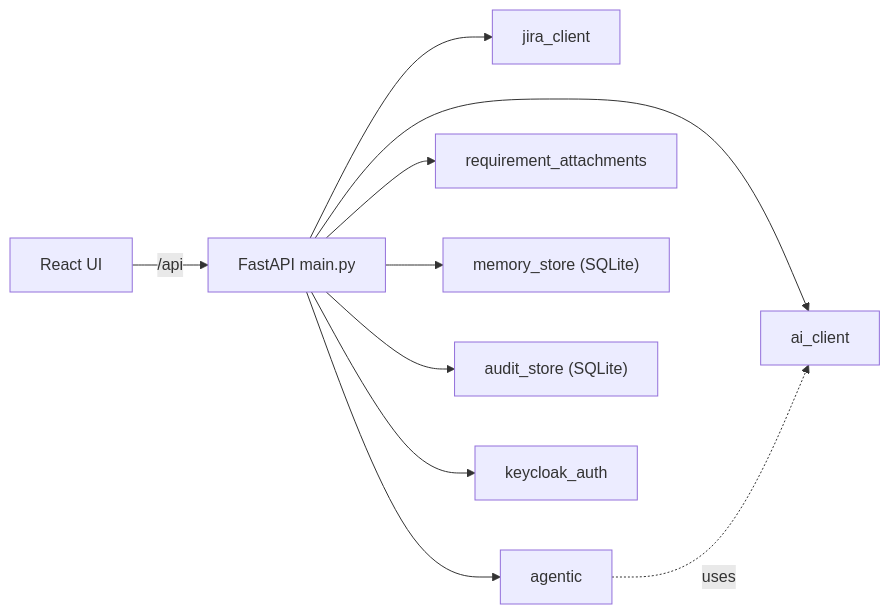
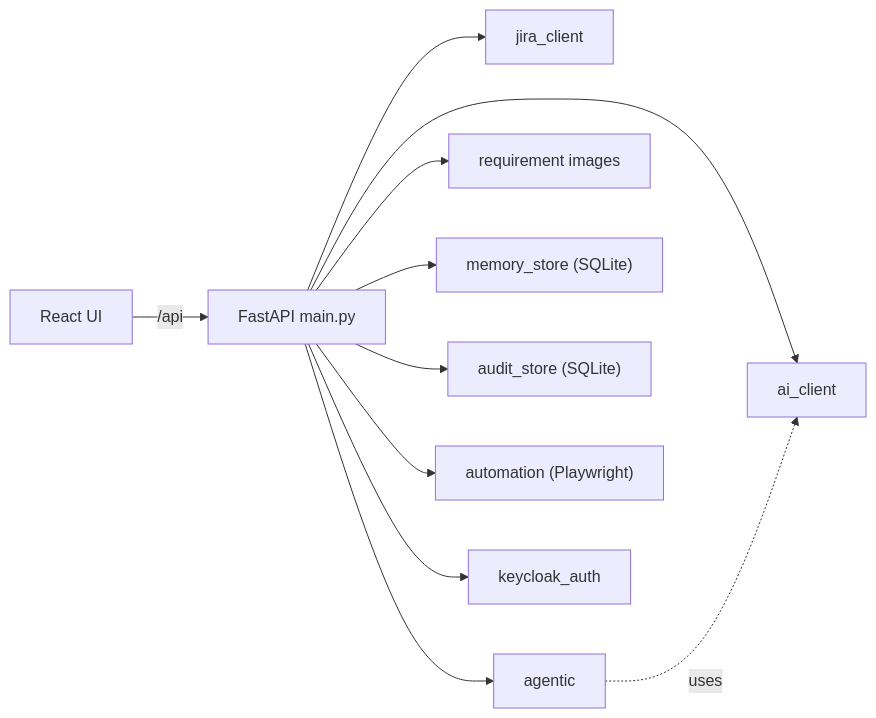
The diagram in README.md (prashant1507/test-intellect-ai), drawn with Mermaid before and after one commit. The commit also changed other lines of this file, not shown here.

````diff
--- a/README.md
+++ b/README.md
@@ -39,12 +42,13 @@
 ```mermaid
 flowchart LR
   UI["React UI"] -->|/api| API["FastAPI main.py"]
   API --> JIRA["jira_client"]
   API --> LLM["ai_client"]
   API --> AG["agentic"]
-  API --> IMG["requirement_attachments"]
+  API --> IMG["requirement images"]
   API --> MEM["memory_store (SQLite)"]
   API --> AUD["audit_store (SQLite)"]
+  API --> AT["automation (Playwright)"]
   API --> KC["keycloak_auth"]
   AG -.->|uses| LLM
 ```
````
